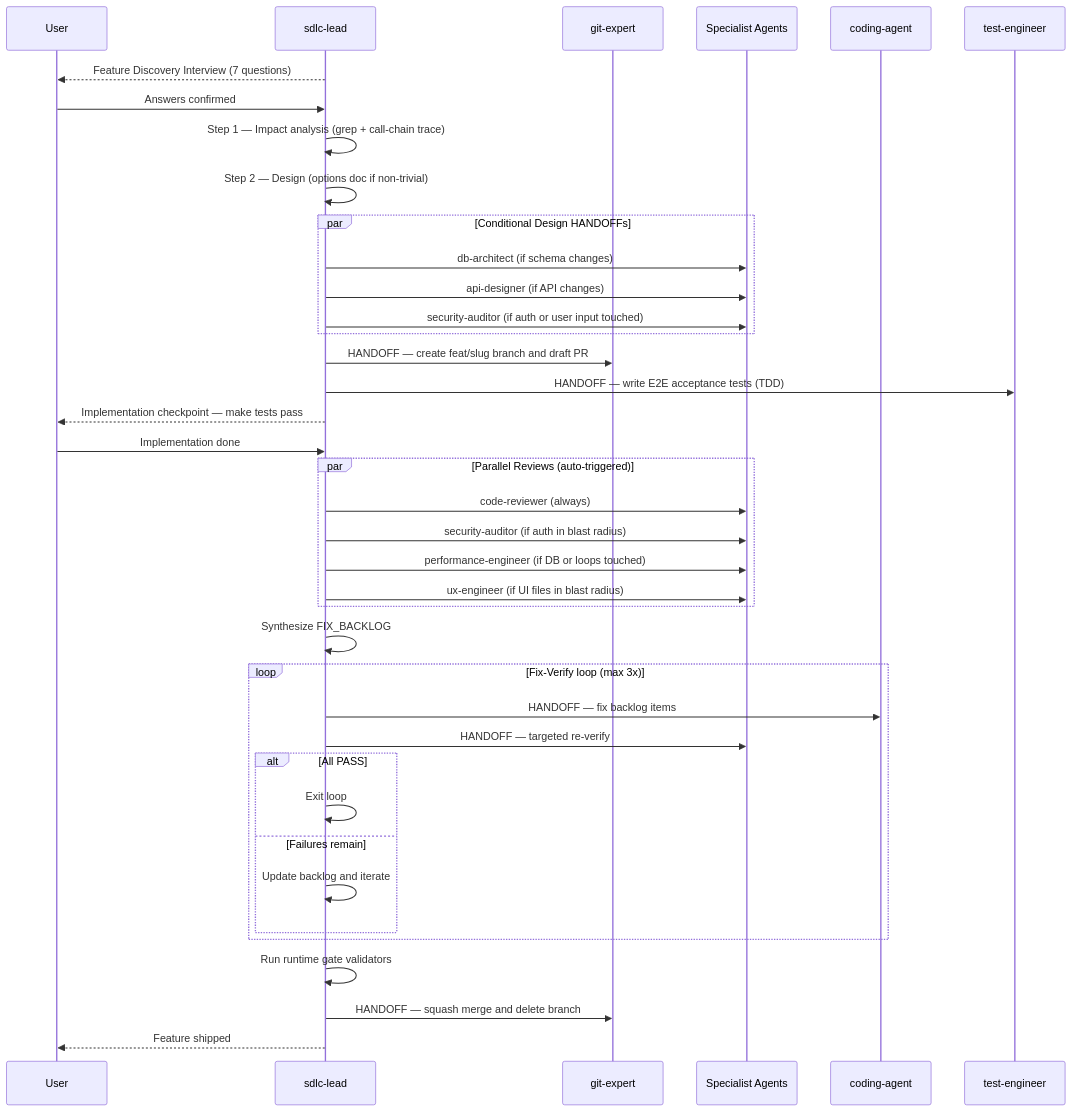
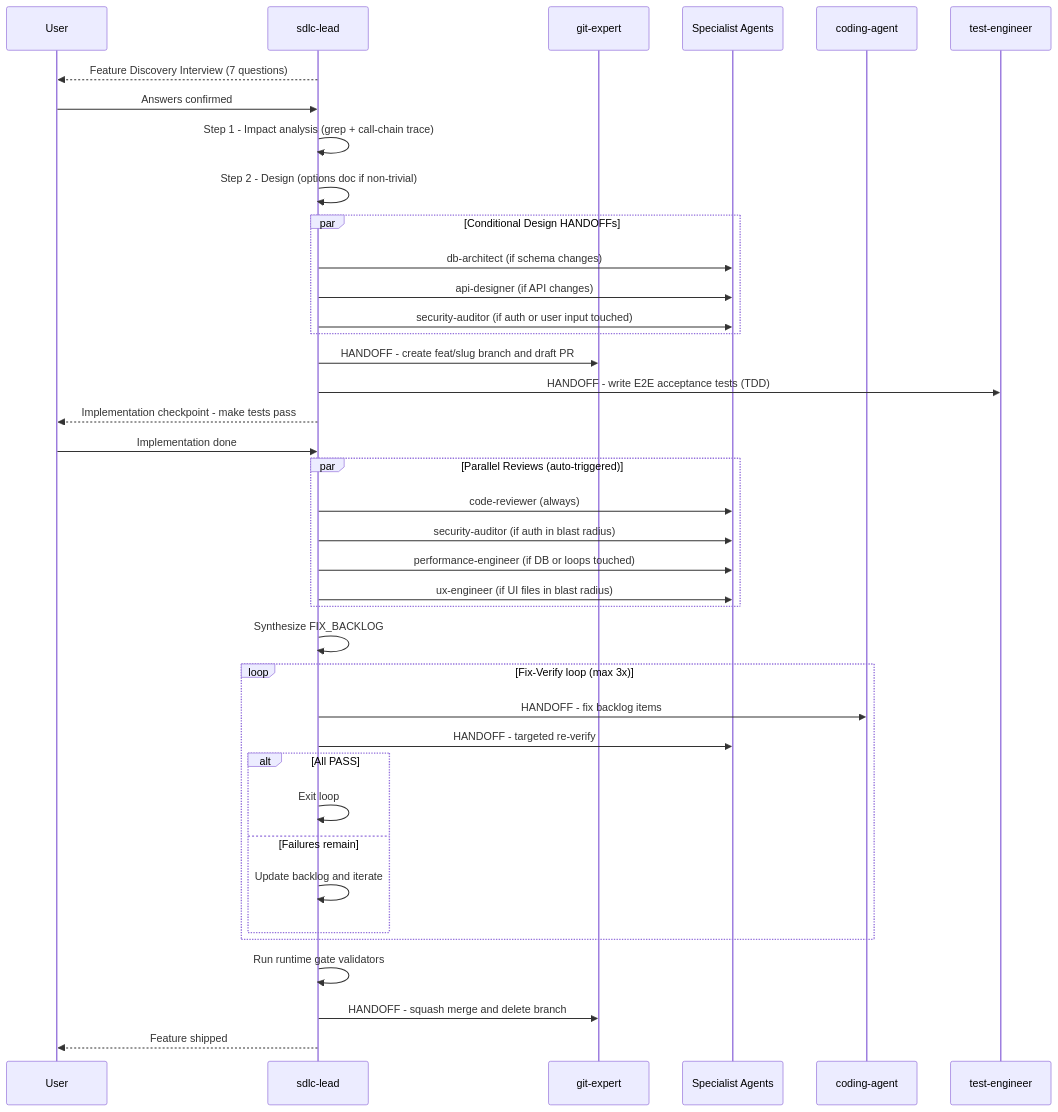
The fourth of 5 diagrams in docs/review/05-agents/02-sdlc-orchestrator.md (bpmforge/attest), drawn with Mermaid before and after one commit. The commit also changed other lines of this file and 28 other files, not shown here.

First line of the commit message:
docs: refresh all docs for v1.1-v1.6 + autofix mermaid in review book

````diff
--- a/docs/review/05-agents/02-sdlc-orchestrator.md
+++ b/docs/review/05-agents/02-sdlc-orchestrator.md
@@ -159,48 +159,48 @@
 ```mermaid
 sequenceDiagram
     participant U as User
     participant LEAD as sdlc-lead
     participant GIT as git-expert
     participant SPEC as Specialist Agents
     participant COD as coding-agent
     participant TEST as test-engineer
 
     LEAD-->>U: Feature Discovery Interview (7 questions)
     U->>LEAD: Answers confirmed
-    LEAD->>LEAD: Step 1 — Impact analysis (grep + call-chain trace)
-    LEAD->>LEAD: Step 2 — Design (options doc if non-trivial)
+    LEAD->>LEAD: Step 1 - Impact analysis (grep + call-chain trace)
+    LEAD->>LEAD: Step 2 - Design (options doc if non-trivial)
 
     par Conditional Design HANDOFFs
         LEAD->>SPEC: db-architect (if schema changes)
         LEAD->>SPEC: api-designer (if API changes)
         LEAD->>SPEC: security-auditor (if auth or user input touched)
     end
 
-    LEAD->>GIT: HANDOFF — create feat/slug branch and draft PR
-    LEAD->>TEST: HANDOFF — write E2E acceptance tests (TDD)
-    LEAD-->>U: Implementation checkpoint — make tests pass
+    LEAD->>GIT: HANDOFF - create feat/slug branch and draft PR
+    LEAD->>TEST: HANDOFF - write E2E acceptance tests (TDD)
+    LEAD-->>U: Implementation checkpoint - make tests pass
     U->>LEAD: Implementation done
 
     par Parallel Reviews (auto-triggered)
         LEAD->>SPEC: code-reviewer (always)
         LEAD->>SPEC: security-auditor (if auth in blast radius)
         LEAD->>SPEC: performance-engineer (if DB or loops touched)
         LEAD->>SPEC: ux-engineer (if UI files in blast radius)
     end
 
     LEAD->>LEAD: Synthesize FIX_BACKLOG
 
     loop Fix-Verify loop (max 3x)
-        LEAD->>COD: HANDOFF — fix backlog items
-        LEAD->>SPEC: HANDOFF — targeted re-verify
+        LEAD->>COD: HANDOFF - fix backlog items
+        LEAD->>SPEC: HANDOFF - targeted re-verify
         alt All PASS
             LEAD->>LEAD: Exit loop
         else Failures remain
             LEAD->>LEAD: Update backlog and iterate
         end
     end
 
     LEAD->>LEAD: Run runtime gate validators
-    LEAD->>GIT: HANDOFF — squash merge and delete branch
+    LEAD->>GIT: HANDOFF - squash merge and delete branch
     LEAD-->>U: Feature shipped
 ```
````
